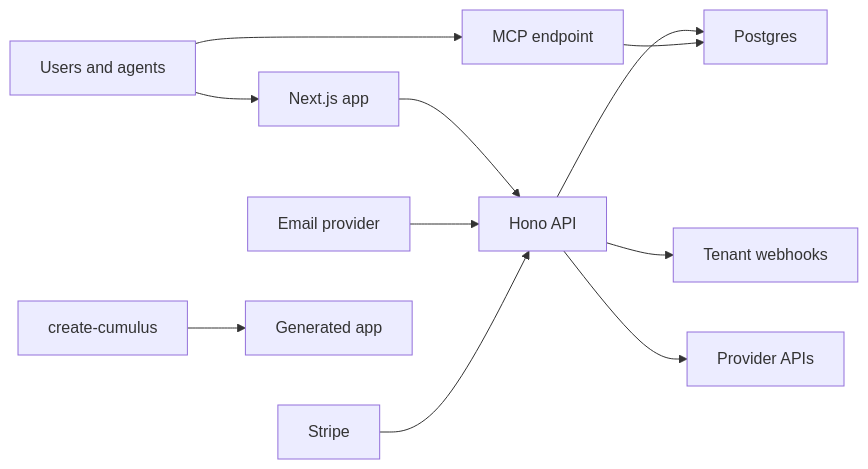
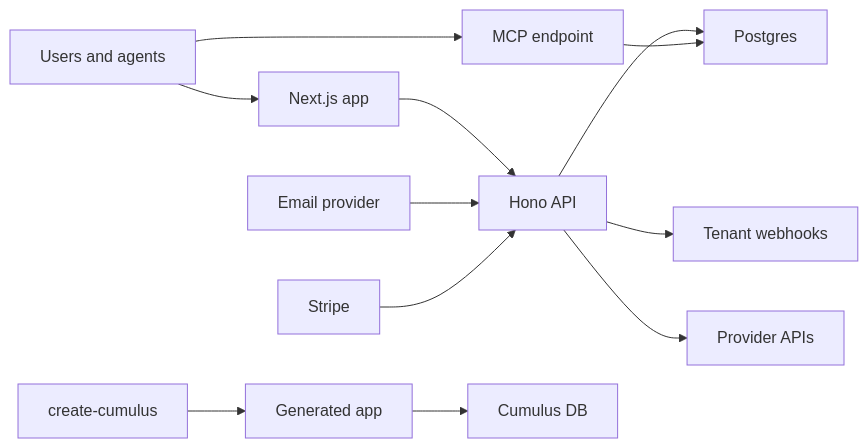
One commit to Cumulus-s/relay changed the diagram in docs/security-threat-model.md. Above: the diagram before and after it, drawn with Mermaid. The commit also changed other lines of this file and 54 other files, not shown here.

````diff
--- a/docs/security-threat-model.md
+++ b/docs/security-threat-model.md
@@ -52,13 +53,14 @@
 ```mermaid
 flowchart LR
   A["Users and agents"] --> B["Next.js app"]
   B --> C["Hono API"]
   A --> D["MCP endpoint"]
   C --> E["Postgres"]
   D --> E
   C --> F["Tenant webhooks"]
   G["Email provider"] --> C
   H["Stripe"] --> C
   C --> I["Provider APIs"]
   J["create-cumulus"] --> K["Generated app"]
+  K --> L["Cumulus DB"]
 ```
````
